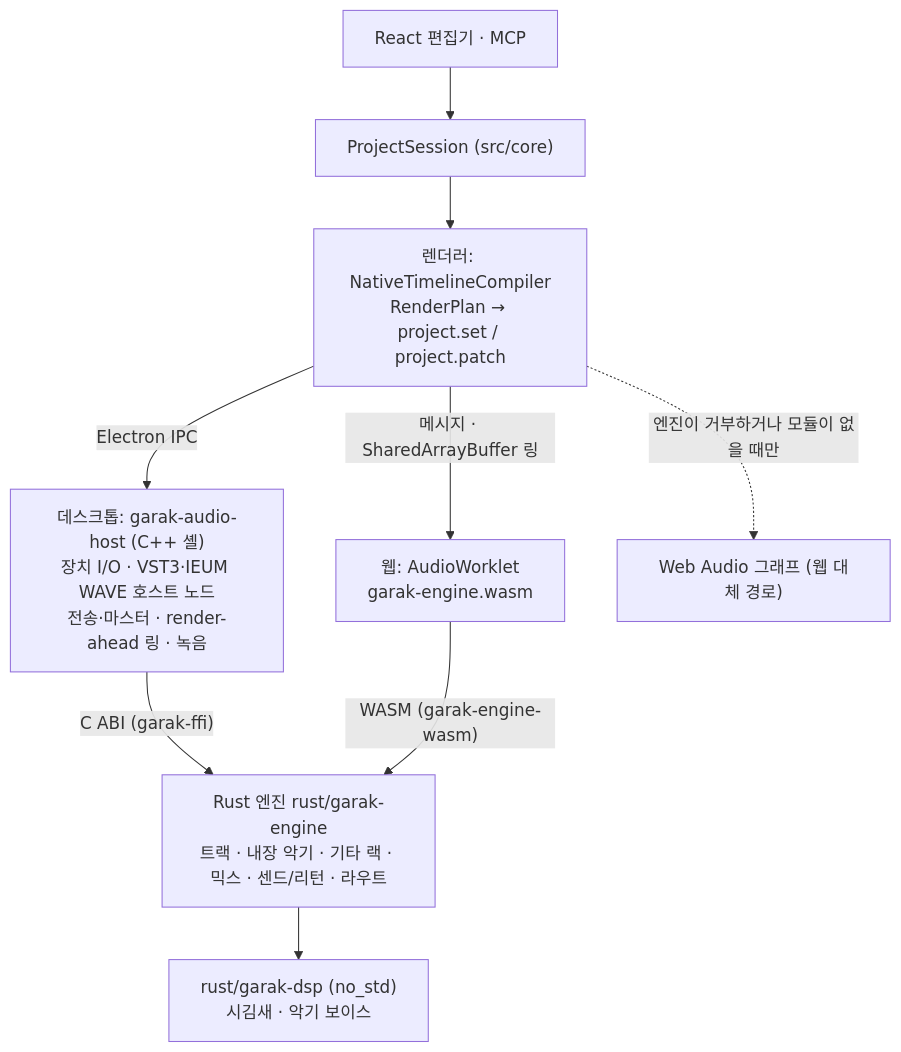
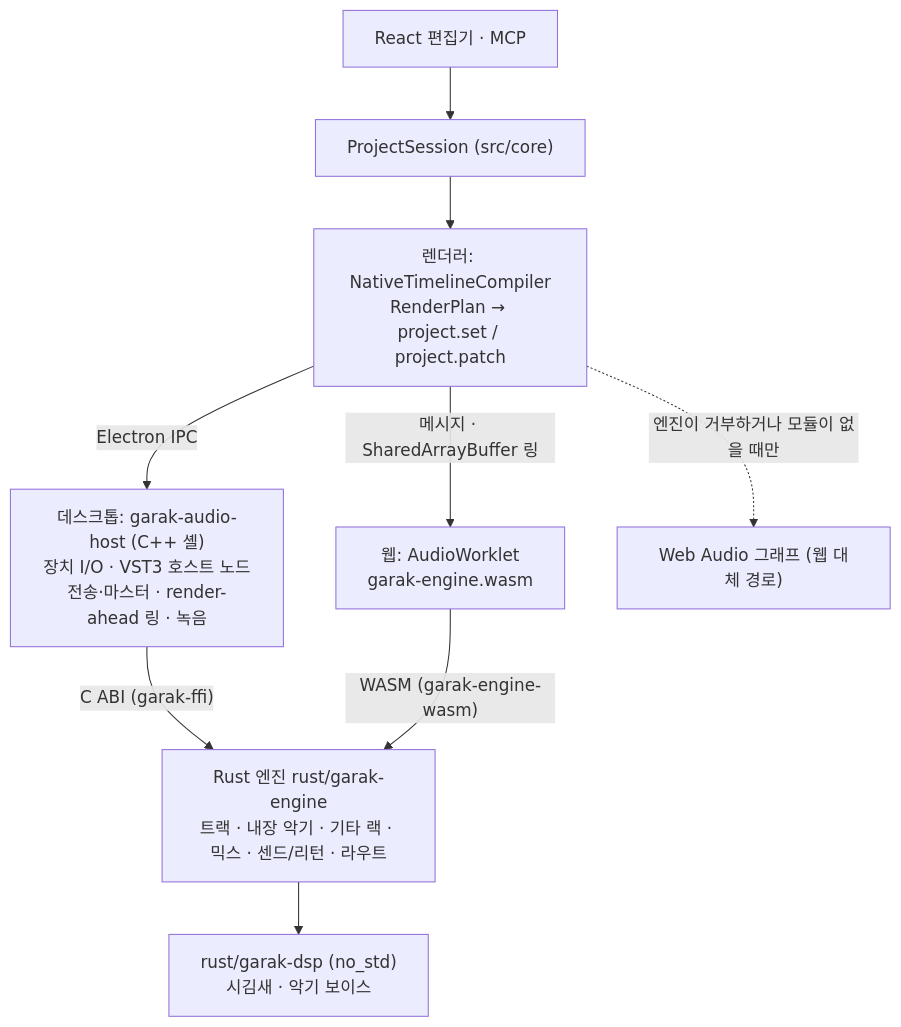
Before and after one commit to songchez/garak-ieum: the diagram in README.md, drawn with Mermaid. The commit also changed other lines of this file and 12 other files, not shown here.

First line of the commit message:
docs: IEUM WAVE renders only in the Rust engine (0.3.3)

````diff
--- a/README.md
+++ b/README.md
@@ -66,11 +66,11 @@
 ```mermaid
 flowchart TD
   UI["React 편집기 · MCP"] --> S["ProjectSession (src/core)"]
   S --> C["렌더러: NativeTimelineCompiler<br/>RenderPlan → project.set / project.patch"]
-  C -->|"Electron IPC"| H["데스크톱: garak-audio-host (C++ 셸)<br/>장치 I/O · VST3·IEUM WAVE 호스트 노드<br/>전송·마스터 · render-ahead 링 · 녹음"]
+  C -->|"Electron IPC"| H["데스크톱: garak-audio-host (C++ 셸)<br/>장치 I/O · VST3 호스트 노드<br/>전송·마스터 · render-ahead 링 · 녹음"]
   C -->|"메시지 · SharedArrayBuffer 링"| W["웹: AudioWorklet<br/>garak-engine.wasm"]
   H -->|"C ABI (garak-ffi)"| E["Rust 엔진 rust/garak-engine<br/>트랙 · 내장 악기 · 기타 랙 · 믹스 · 센드/리턴 · 라우트"]
   W -->|"WASM (garak-engine-wasm)"| E
   E --> D["rust/garak-dsp (no_std)<br/>시김새 · 악기 보이스"]
   C -.->|"엔진이 거부하거나 모듈이 없을 때만"| F["Web Audio 그래프 (웹 대체 경로)"]
 ```
````
